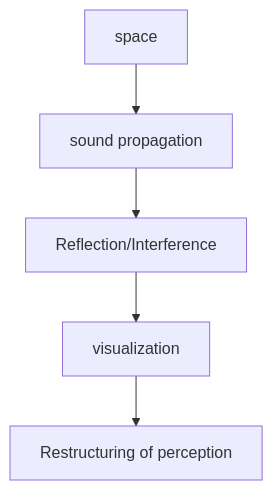
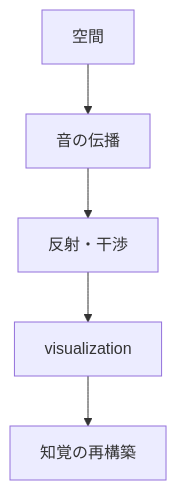
One commit to monumental-movement/monumental-movement.github.io changed the third of 8 diagrams in en/_posts/2026-04-18-column-ryoji-ikeda.md. Above: the diagram before and after it, drawn with Mermaid. The commit also changed other lines of this file and 2196 other files, not shown here.

```diff
--- a/en/_posts/2026-04-18-column-ryoji-ikeda.md
+++ b/en/_posts/2026-04-18-column-ryoji-ikeda.md
@@ -121,7 +121,7 @@
 <div class="mermaid">
 graph TD
-A[space] --> B[sound propagation]
-B --> C[Reflection/Interference]
+A[空間] --> B[音の伝播]
+B --> C[反射・干渉]
 C --> D[visualization]
-D --> E[Restructuring of perception]
+D --> E[知覚の再構築]
 </div>
```
